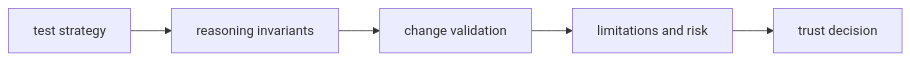
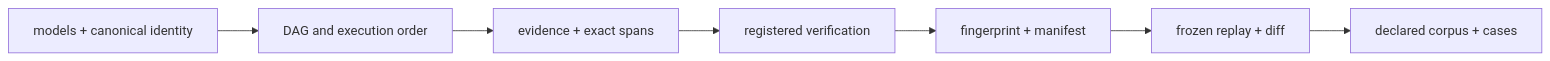
One commit to bijux/bijux-canon changed the diagram in docs/04-bijux-canon-reason/quality/index.md. Above: the diagram before and after it, drawn with Mermaid. The commit also changed other lines of this file and 2 other files, not shown here.

Commit message:
docs(reason): connect claims to integrity evidence

````diff
--- a/docs/04-bijux-canon-reason/quality/index.md
+++ b/docs/04-bijux-canon-reason/quality/index.md
@@ -16,10 +19,12 @@
 ```mermaid
 flowchart LR
-    strategy["test strategy"]
-    invariants["reasoning invariants"]
-    validation["change validation"]
-    limits["limitations and risk"]
-    trust["trust decision"]
+    model["models + canonical identity"]
+    plan["DAG and execution order"]
+    support["evidence + exact spans"]
+    checks["registered verification"]
+    artifact["fingerprint + manifest"]
+    replay["frozen replay + diff"]
+    evaluation["declared corpus + cases"]
 
-    strategy --> invariants --> validation --> limits --> trust
+    model --> plan --> support --> checks --> artifact --> replay --> evaluation
 ```
````
